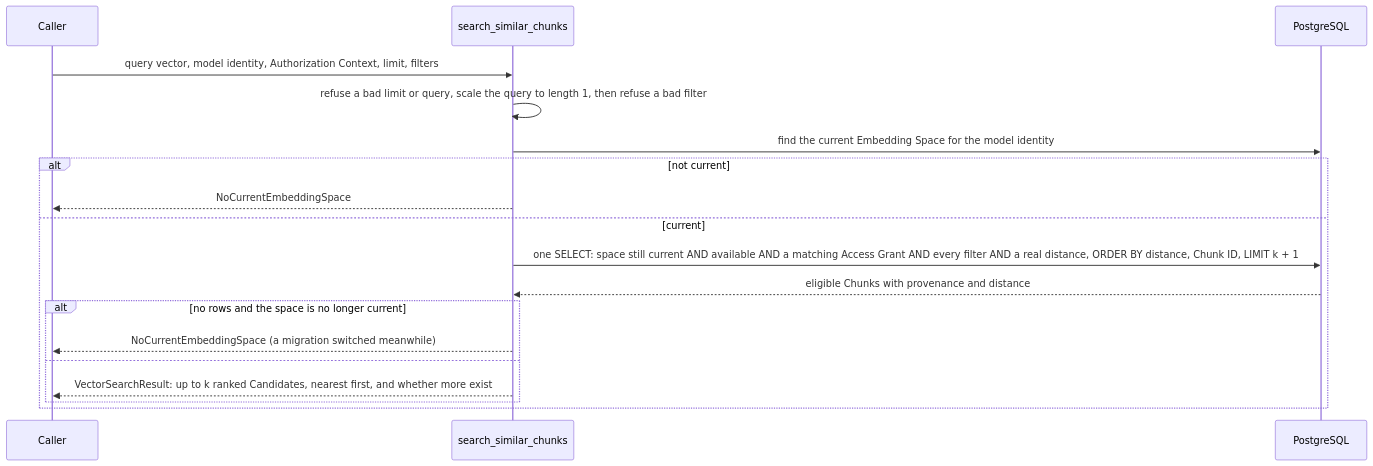
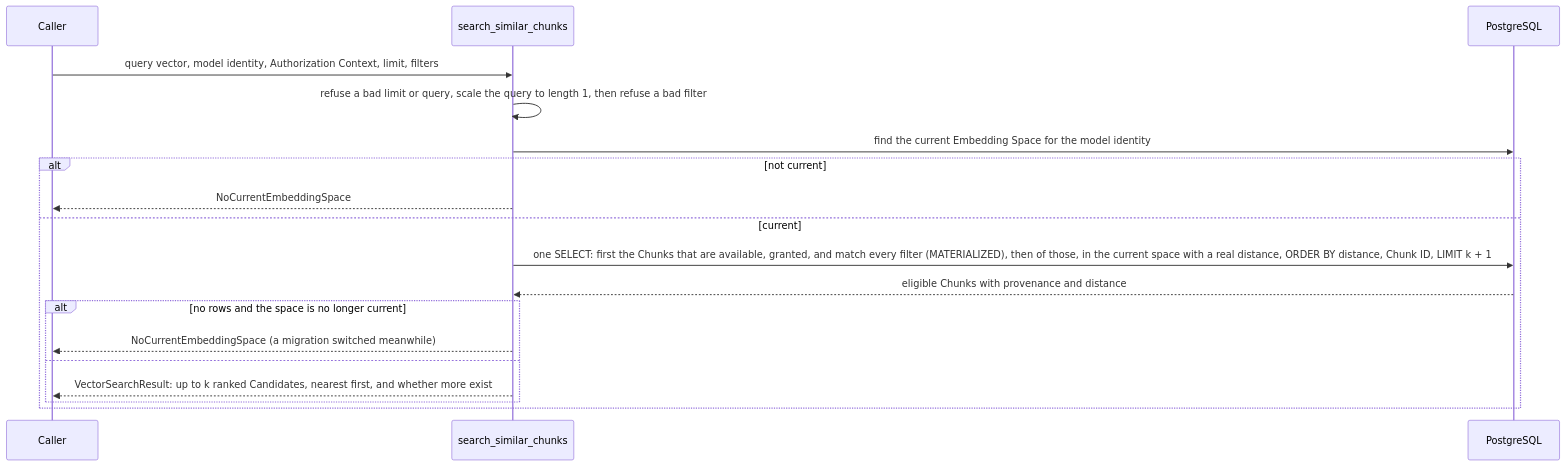
Before and after one commit to ivanverenich/knowledge-service: the seventh of 10 diagrams in docs/architecture.md, drawn with Mermaid. The commit also changed other lines of this file and 9 other files, not shown here.

````diff
--- a/docs/architecture.md
+++ b/docs/architecture.md
@@ -295,20 +297,20 @@
 ```mermaid
 sequenceDiagram
     participant Caller
     participant Search as search_similar_chunks
     participant DB as PostgreSQL
     Caller->>Search: query vector, model identity, Authorization Context, limit, filters
     Search->>Search: refuse a bad limit or query, scale the query to length 1, then refuse a bad filter
     Search->>DB: find the current Embedding Space for the model identity
     alt not current
         Search-->>Caller: NoCurrentEmbeddingSpace
     else current
-        Search->>DB: one SELECT: space still current AND available AND a matching Access Grant AND every filter AND a real distance, ORDER BY distance, Chunk ID, LIMIT k + 1
+        Search->>DB: one SELECT: first the Chunks that are available, granted, and match every filter (MATERIALIZED), then of those, in the current space with a real distance, ORDER BY distance, Chunk ID, LIMIT k + 1
         DB-->>Search: eligible Chunks with provenance and distance
         alt no rows and the space is no longer current
             Search-->>Caller: NoCurrentEmbeddingSpace (a migration switched meanwhile)
         else
             Search-->>Caller: VectorSearchResult: up to k ranked Candidates, nearest first, and whether more exist
         end
     end
 ```
````
